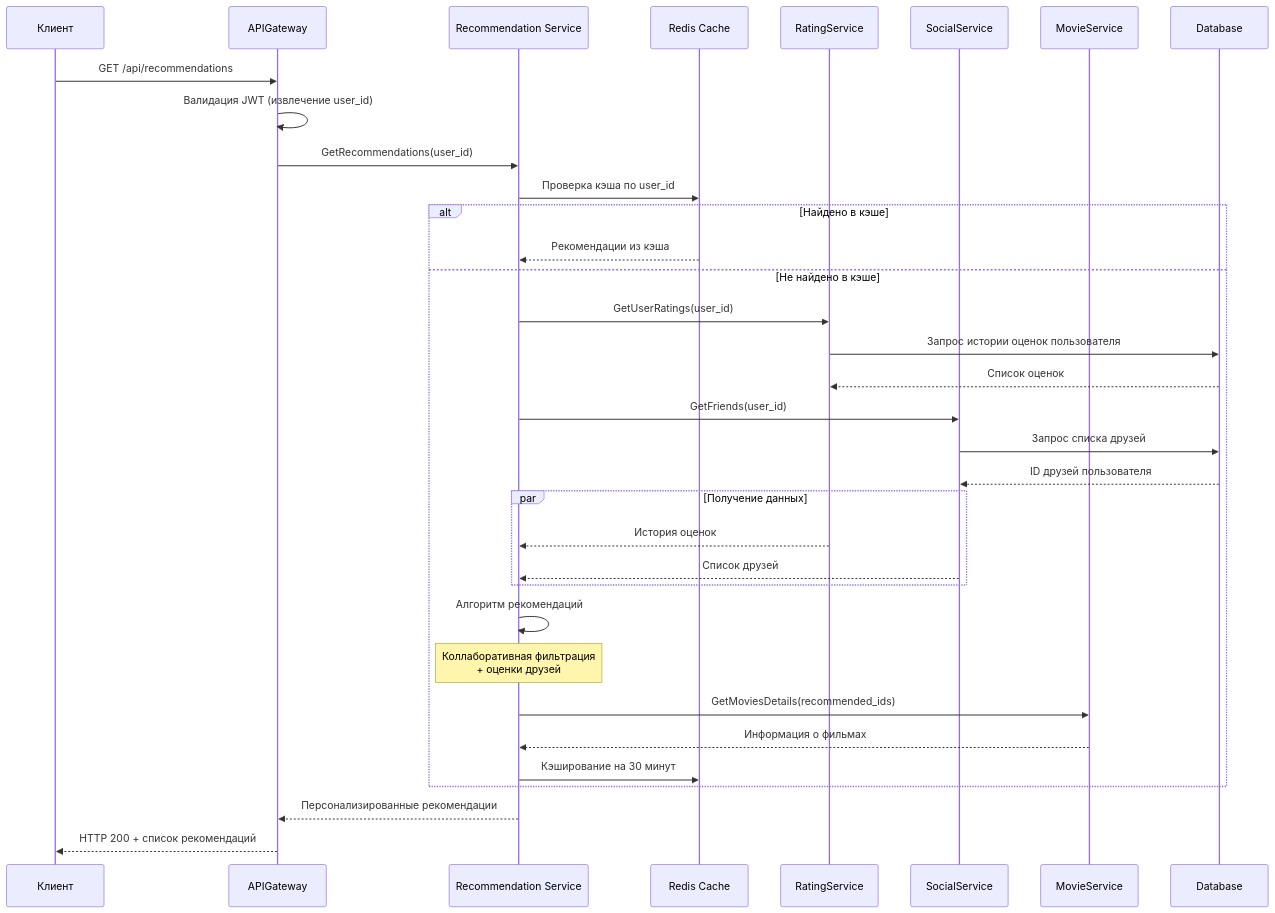
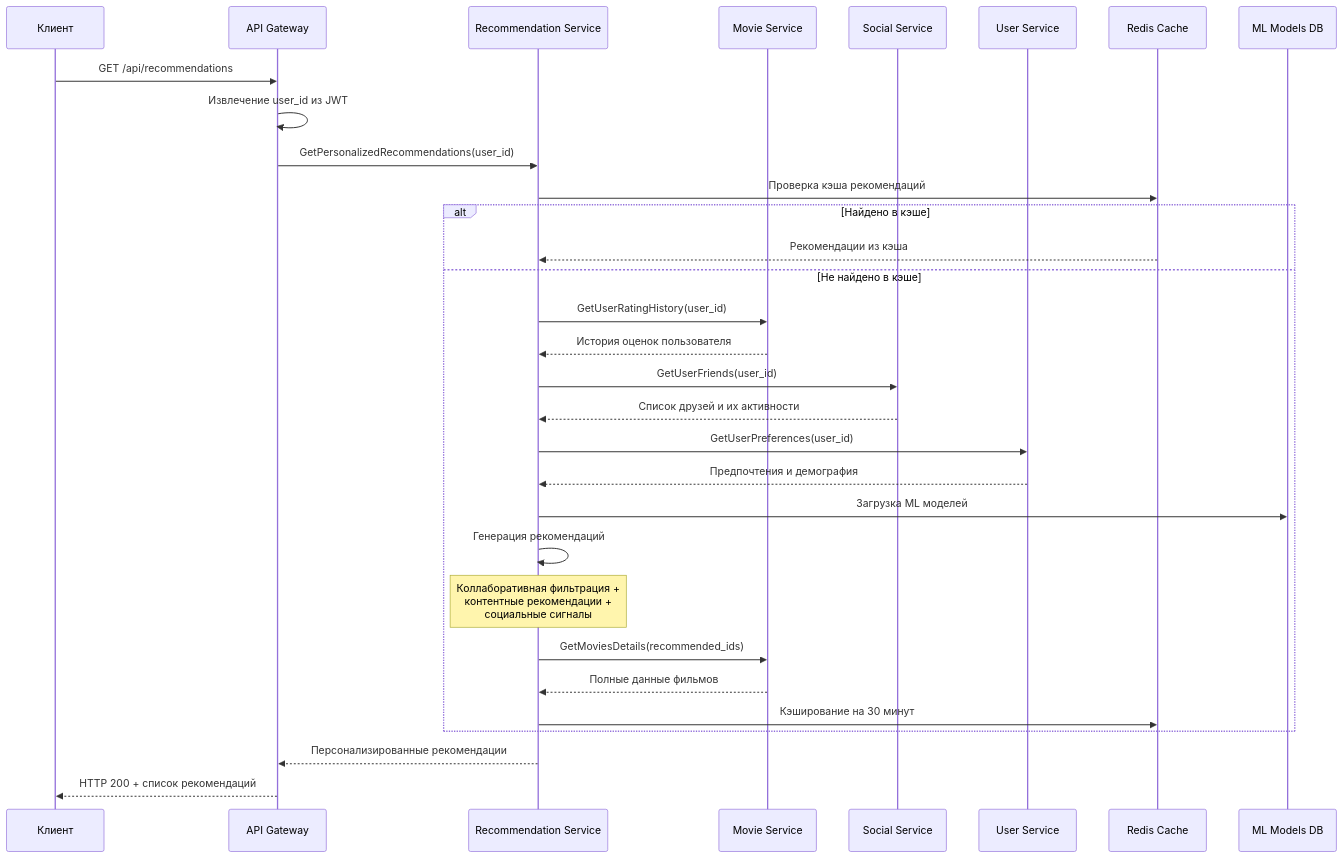
The sixth of 8 diagrams in docs/tr.md (BALLUUNN/zavozwww), drawn with Mermaid before and after one commit. The commit also changed other lines of this file, not shown here.

````diff
--- a/docs/tr.md
+++ b/docs/tr.md
@@ -600,44 +596,41 @@
 ```mermaid
 sequenceDiagram
     participant Клиент
-    participant APIGateway
-    participant RecService as Recommendation Service
-    participant Cache as Redis Cache
-    participant RatingService
-    participant SocialService
-    participant MovieService
-    participant DB as Database
+    participant GW as API Gateway
+    participant REC as Recommendation Service
+    participant MOVIE as Movie Service
+    participant SOCIAL as Social Service
+    participant USER as User Service
+    participant CACHE as Redis Cache
+    participant REC_DB as ML Models DB
 
-    Клиент->>APIGateway: GET /api/recommendations
-    APIGateway->>APIGateway: Валидация JWT (извлечение user_id)
-    APIGateway->>RecService: GetRecommendations(user_id)
+    Клиент->>GW: GET /api/recommendations
+    GW->>GW: Извлечение user_id из JWT
+    GW->>REC: GetPersonalizedRecommendations(user_id)
     
-    RecService->>Cache: Проверка кэша по user_id
+    REC->>CACHE: Проверка кэша рекомендаций
     alt Найдено в кэше
-        Cache-->>RecService: Рекомендации из кэша
+        CACHE-->>REC: Рекомендации из кэша
     else Не найдено в кэше
-        RecService->>RatingService: GetUserRatings(user_id)
-        RatingService->>DB: Запрос истории оценок пользователя
-        DB-->>RatingService: Список оценок
+        REC->>MOVIE: GetUserRatingHistory(user_id)
+        MOVIE-->>REC: История оценок пользователя
         
-        RecService->>SocialService: GetFriends(user_id)
-        SocialService->>DB: Запрос списка друзей
-        DB-->>SocialService: ID друзей пользователя
+        REC->>SOCIAL: GetUserFriends(user_id)
+        SOCIAL-->>REC: Список друзей и их активности
         
-        par Получение данных
-            RatingService-->>RecService: История оценок
-            SocialService-->>RecService: Список друзей
-        end
+        REC->>USER: GetUserPreferences(user_id)
+        USER-->>REC: Предпочтения и демография
         
-        RecService->>RecService: Алгоритм рекомендаций
-        Note over RecService: Коллаборативная фильтрация<br/>+ оценки друзей
+        REC->>REC_DB: Загрузка ML моделей
+        REC->>REC: Генерация рекомендаций
+        Note over REC: Коллаборативная фильтрация +<br/>контентные рекомендации +<br/>социальные сигналы
         
-        RecService->>MovieService: GetMoviesDetails(recommended_ids)
-        MovieService-->>RecService: Информация о фильмах
+        REC->>MOVIE: GetMoviesDetails(recommended_ids)
+        MOVIE-->>REC: Полные данные фильмов
         
-        RecService->>Cache: Кэширование на 30 минут
+        REC->>CACHE: Кэширование на 30 минут
     end
     
-    RecService-->>APIGateway: Персонализированные рекомендации
-    APIGateway-->>Клиент: HTTP 200 + список рекомендаций
+    REC-->>GW: Персонализированные рекомендации
+    GW-->>Клиент: HTTP 200 + список рекомендаций
 ```
````
